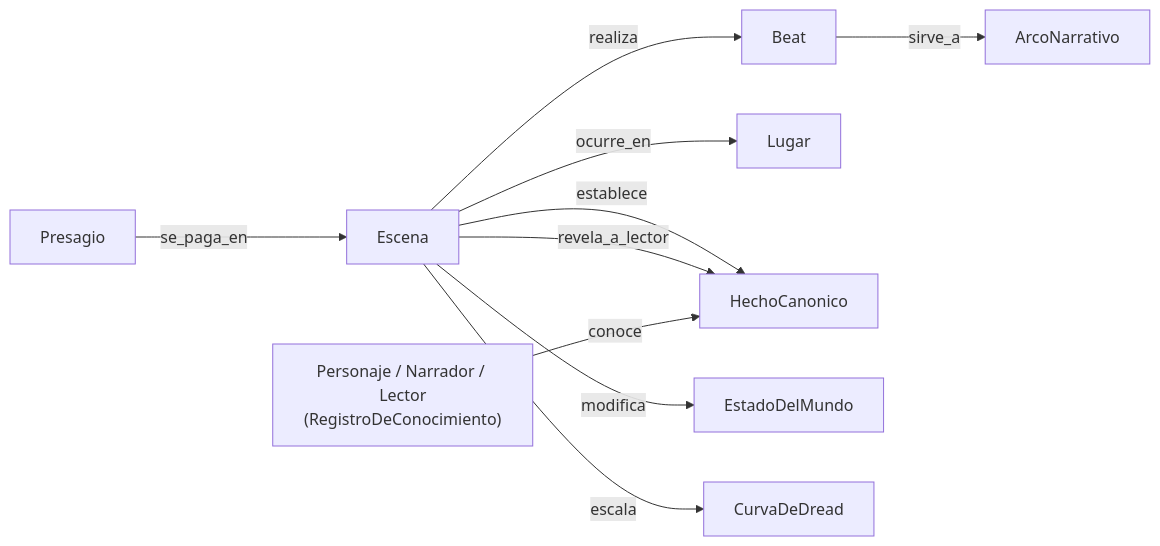
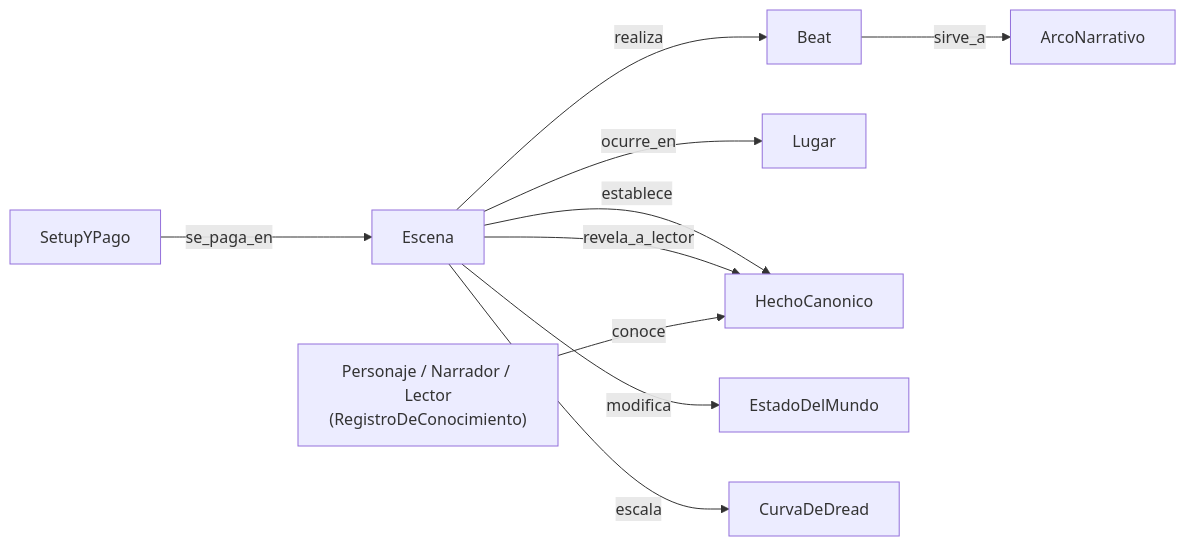
One commit to SantiagoEspinosa-ai/My_novel_story changed the eighth of 11 diagrams in Docs/domain-knowledge.md. Above: the diagram before and after it, drawn with Mermaid. The commit also changed other lines of this file and 17 other files, not shown here.

````diff
--- a/Docs/domain-knowledge.md
+++ b/Docs/domain-knowledge.md
@@ -147,21 +140,21 @@
 ```mermaid
 flowchart LR
   ARC["ArcoNarrativo"]
   BEAT["Beat"]
   ESC["Escena"]
   LUG["Lugar"]
   HEC["HechoCanonico"]
   CON["Personaje / Narrador / Lector<br/>(RegistroDeConocimiento)"]
   EST["EstadoDelMundo"]
-  PRE["Presagio"]
+  PRE["SetupYPago"]
   DRE["CurvaDeDread"]
   BEAT -->|sirve_a| ARC
   ESC -->|realiza| BEAT
   ESC -->|ocurre_en| LUG
   ESC -->|establece| HEC
   ESC -->|revela_a_lector| HEC
   CON -->|conoce| HEC
   ESC -->|modifica| EST
   PRE -->|se_paga_en| ESC
   ESC -->|escala| DRE
 ```
````
